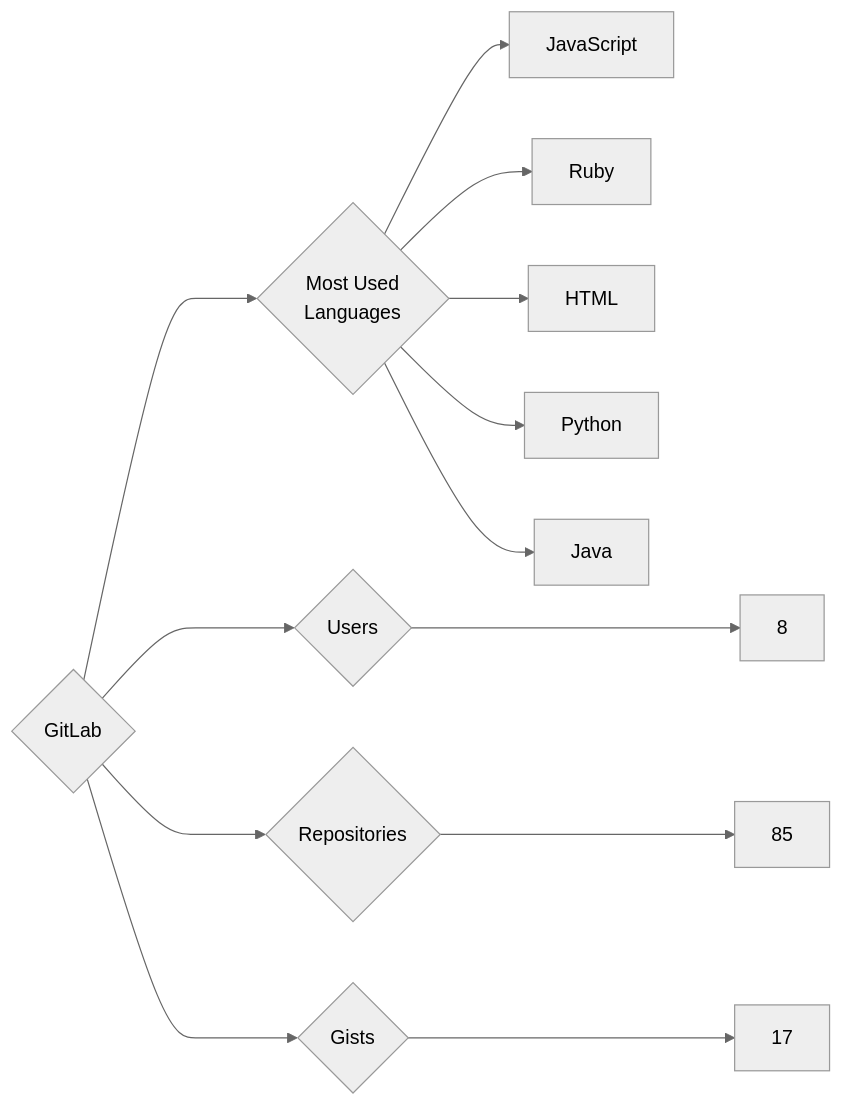
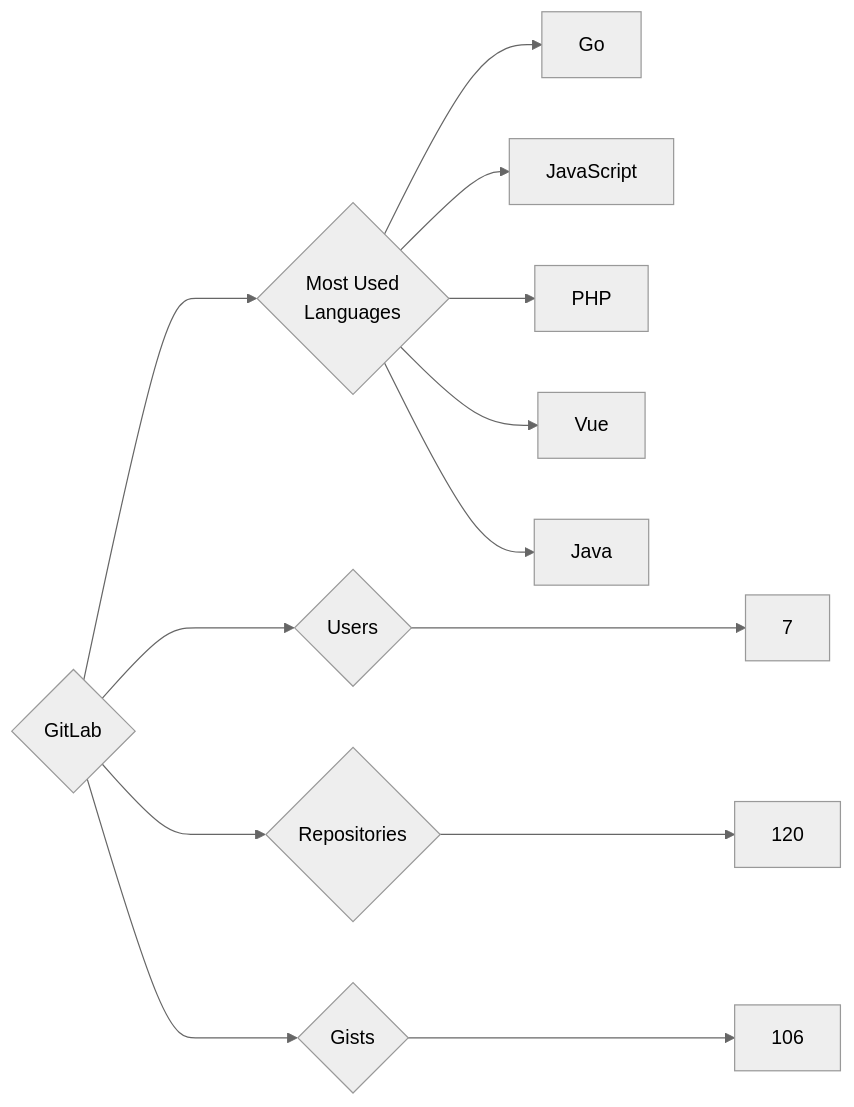
One commit to trickest/insiders changed the diagram in targets/GitLab/README.md. Above: the diagram before and after it, drawn with Mermaid (neutral theme). The commit also changed 1088 other files, not shown here.

````diff
--- a/targets/GitLab/README.md
+++ b/targets/GitLab/README.md
@@ -3,13 +3,13 @@
 ```mermaid
 graph LR
 COMPANY_NAME{GitLab}
-COMPANY_NAME ---> U{Users} ---> UN[8]
-COMPANY_NAME ---> R{Repositories} ---> RN[85]
-COMPANY_NAME ---> G{Gists} ---> GN[17]
+COMPANY_NAME ---> U{Users} ---> UN[7]
+COMPANY_NAME ---> R{Repositories} ---> RN[120]
+COMPANY_NAME ---> G{Gists} ---> GN[106]
 COMPANY_NAME ---> ML{Most Used<br>Languages}
+ML --> Go[Go]
 ML --> JavaScript[JavaScript]
-ML --> Ruby[Ruby]
-ML --> HTML[HTML]
-ML --> Python[Python]
+ML --> PHP[PHP]
+ML --> Vue[Vue]
 ML --> Java[Java]
 ```
````
